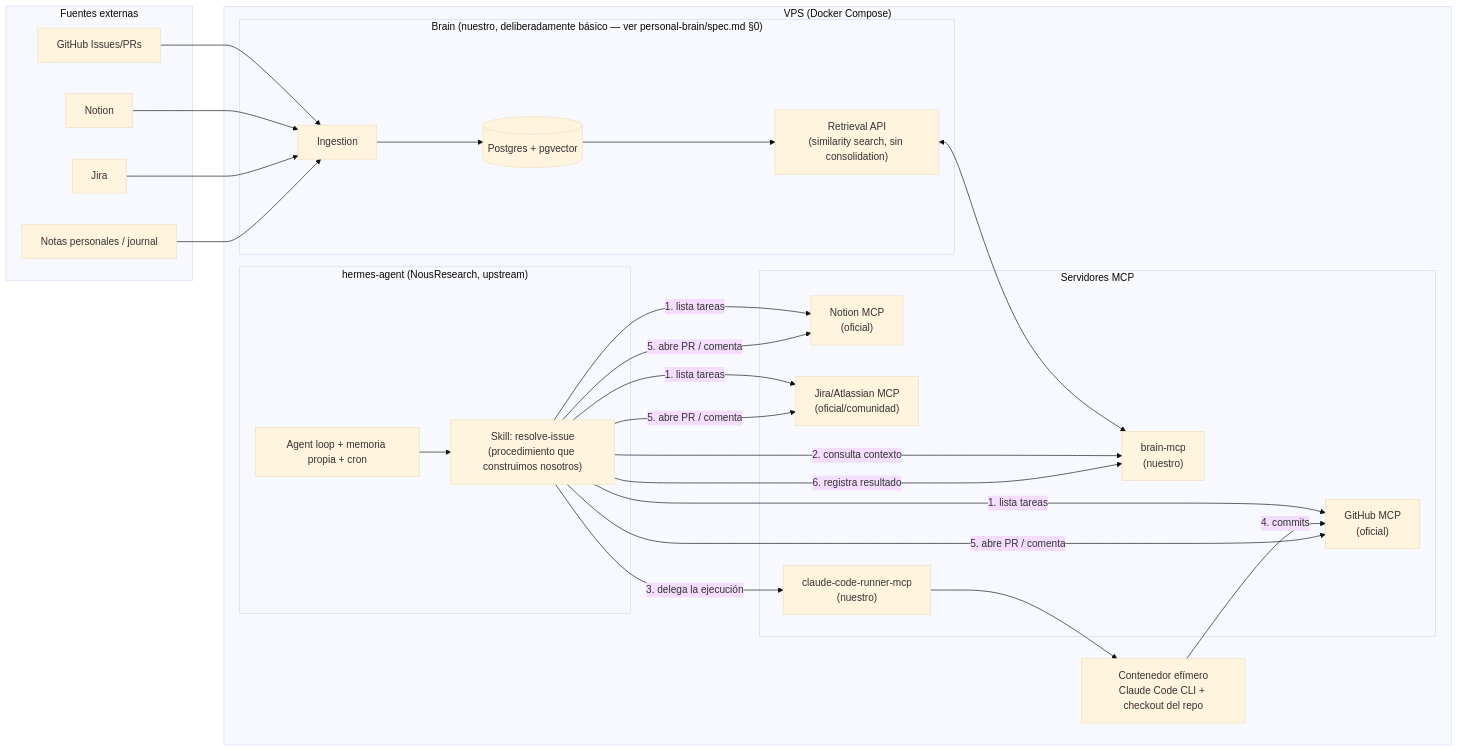
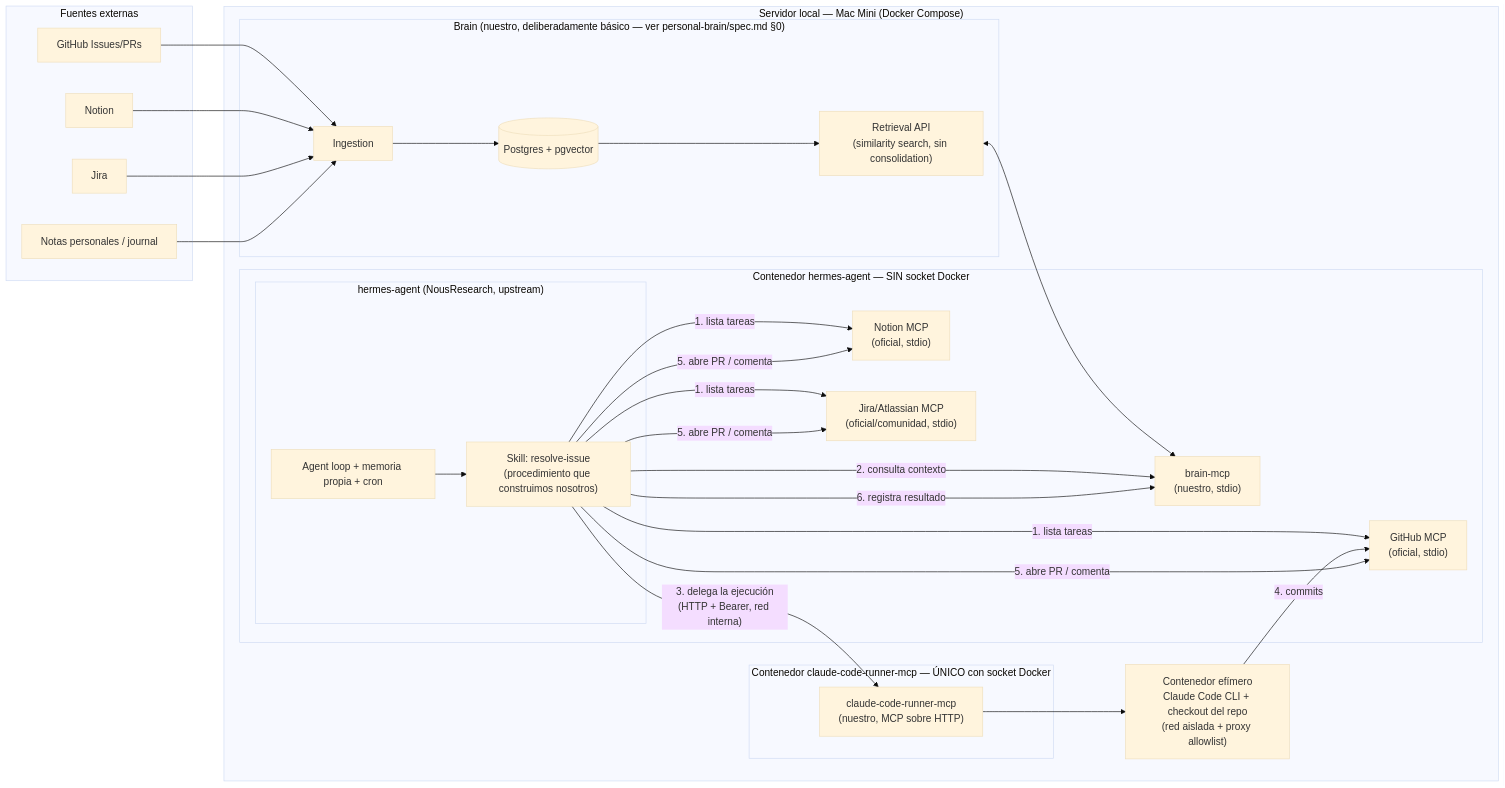
The diagram in docs/architecture.md (SantiDiana1/PersonalAI), drawn with Mermaid (base theme) before and after one commit. The commit also changed other lines of this file and 6 other files, not shown here.

````diff
--- a/docs/architecture.md
+++ b/docs/architecture.md
@@ -9,49 +9,51 @@
 ```mermaid
 flowchart LR
     subgraph Fuentes["Fuentes externas"]
         GH[GitHub Issues/PRs]
         NO[Notion]
         JI[Jira]
         NT[Notas personales / journal]
     end
 
-    subgraph VPS["VPS (Docker Compose)"]
-        subgraph HA["hermes-agent (NousResearch, upstream)"]
-            LOOP["Agent loop + memoria propia + cron"]
-            SKILL["Skill: resolve-issue<br/>(procedimiento que construimos nosotros)"]
+    subgraph VPS["Servidor local — Mac Mini (Docker Compose)"]
+        subgraph HAC["Contenedor hermes-agent — SIN socket Docker"]
+            subgraph HA["hermes-agent (NousResearch, upstream)"]
+                LOOP["Agent loop + memoria propia + cron"]
+                SKILL["Skill: resolve-issue<br/>(procedimiento que construimos nosotros)"]
+            end
+            GHMCP["GitHub MCP<br/>(oficial, stdio)"]
+            NOMCP["Notion MCP<br/>(oficial, stdio)"]
+            JIMCP["Jira/Atlassian MCP<br/>(oficial/comunidad, stdio)"]
+            BMCP["brain-mcp<br/>(nuestro, stdio)"]
         end
 
-        subgraph MCPs["Servidores MCP"]
-            GHMCP["GitHub MCP<br/>(oficial)"]
-            NOMCP["Notion MCP<br/>(oficial)"]
-            JIMCP["Jira/Atlassian MCP<br/>(oficial/comunidad)"]
-            BMCP["brain-mcp<br/>(nuestro)"]
-            CCMCP["claude-code-runner-mcp<br/>(nuestro)"]
+        subgraph RUNC["Contenedor claude-code-runner-mcp — ÚNICO con socket Docker"]
+            CCMCP["claude-code-runner-mcp<br/>(nuestro, MCP sobre HTTP)"]
         end
 
         subgraph BrainSvc["Brain (nuestro, deliberadamente básico — ver personal-brain/spec.md §0)"]
             ING[Ingestion]
             RET["Retrieval API<br/>(similarity search, sin consolidation)"]
             DB[(Postgres + pgvector)]
         end
 
-        RUN["Contenedor efímero<br/>Claude Code CLI + checkout del repo"]
+        RUN["Contenedor efímero<br/>Claude Code CLI + checkout del repo<br/>(red aislada + proxy allowlist)"]
     end
 
     GH --> ING
     NO --> ING
     JI --> ING
     NT --> ING
     ING --> DB
     DB --> RET
     RET <--> BMCP
 
     LOOP --> SKILL
     SKILL -->|1. lista tareas| GHMCP & NOMCP & JIMCP
     SKILL -->|2. consulta contexto| BMCP
-    SKILL -->|3. delega la ejecución| CCMCP
+    SKILL -->|"3. delega la ejecución<br/>(HTTP + Bearer, red interna)"| CCMCP
     CCMCP --> RUN
     RUN -->|4. commits| GHMCP
     SKILL -->|5. abre PR / comenta| GHMCP & NOMCP & JIMCP
     SKILL -->|6. registra resultado| BMCP
 ```
````
